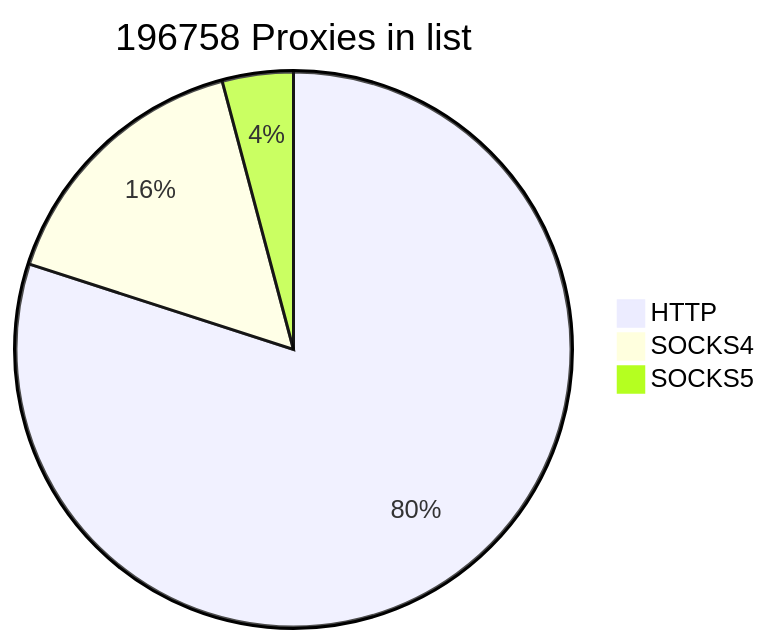
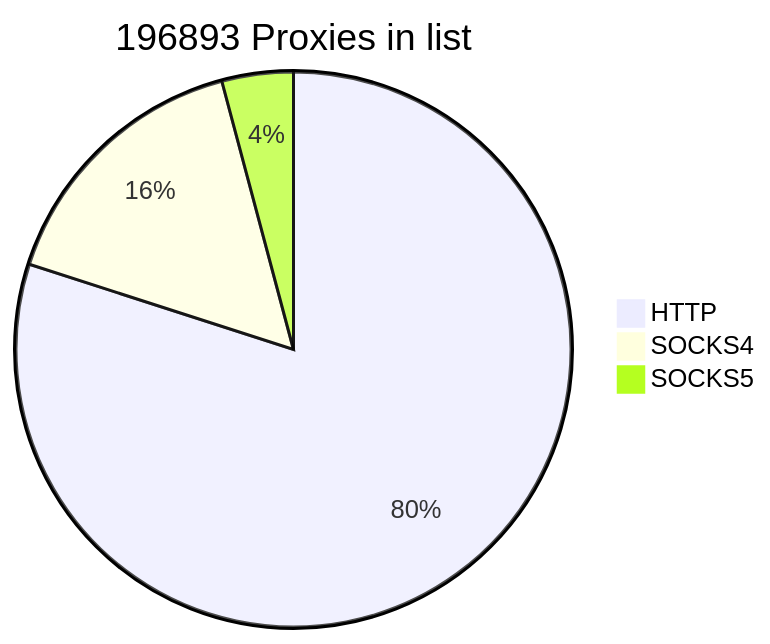
The first of 2 diagrams in README.md (cutipu/proxylist), drawn with Mermaid before and after one commit. The commit also changed other lines of this file, not shown here.

````diff
--- a/README.md
+++ b/README.md
@@ -2,7 +2,7 @@
 ```mermaid
-pie title 196758 Proxies in list
-    "HTTP" : 157370
-    "SOCKS4" : 31255
-    "SOCKS5" : 8133
+pie title 196893 Proxies in list
+    "HTTP" : 157451
+    "SOCKS4" : 31263
+    "SOCKS5" : 8179
             
 ```
````
